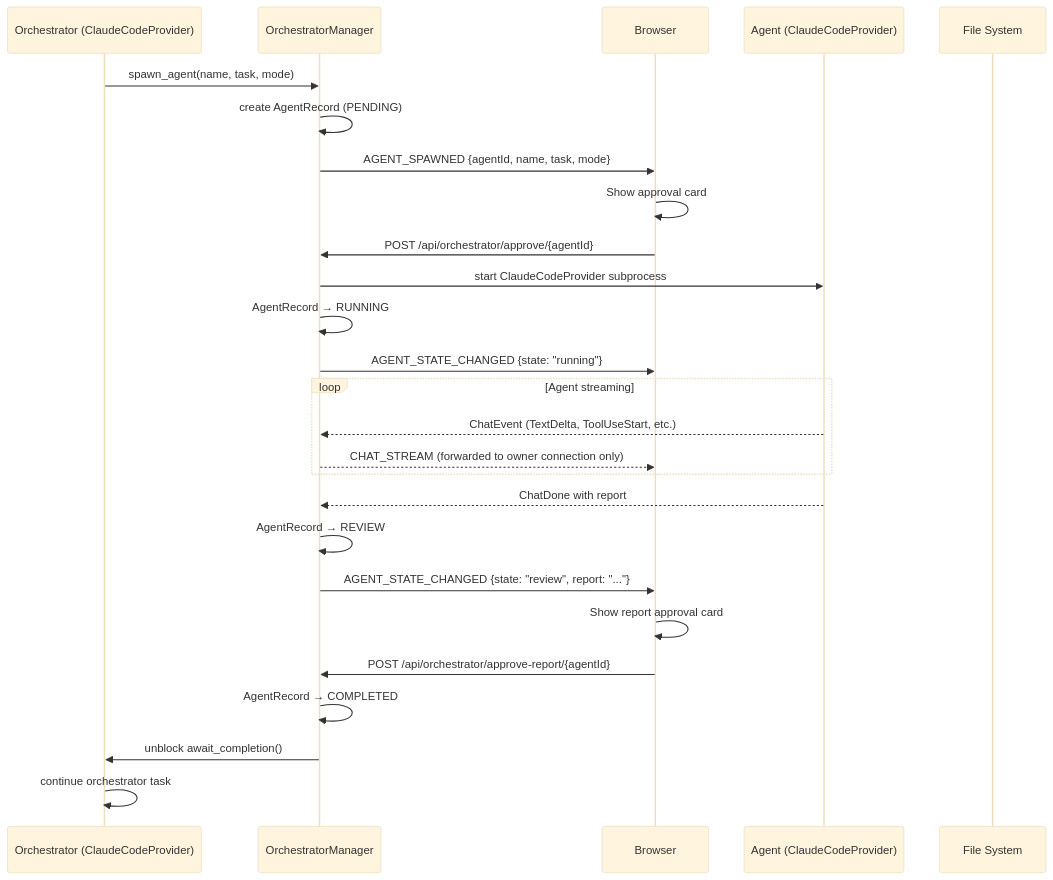
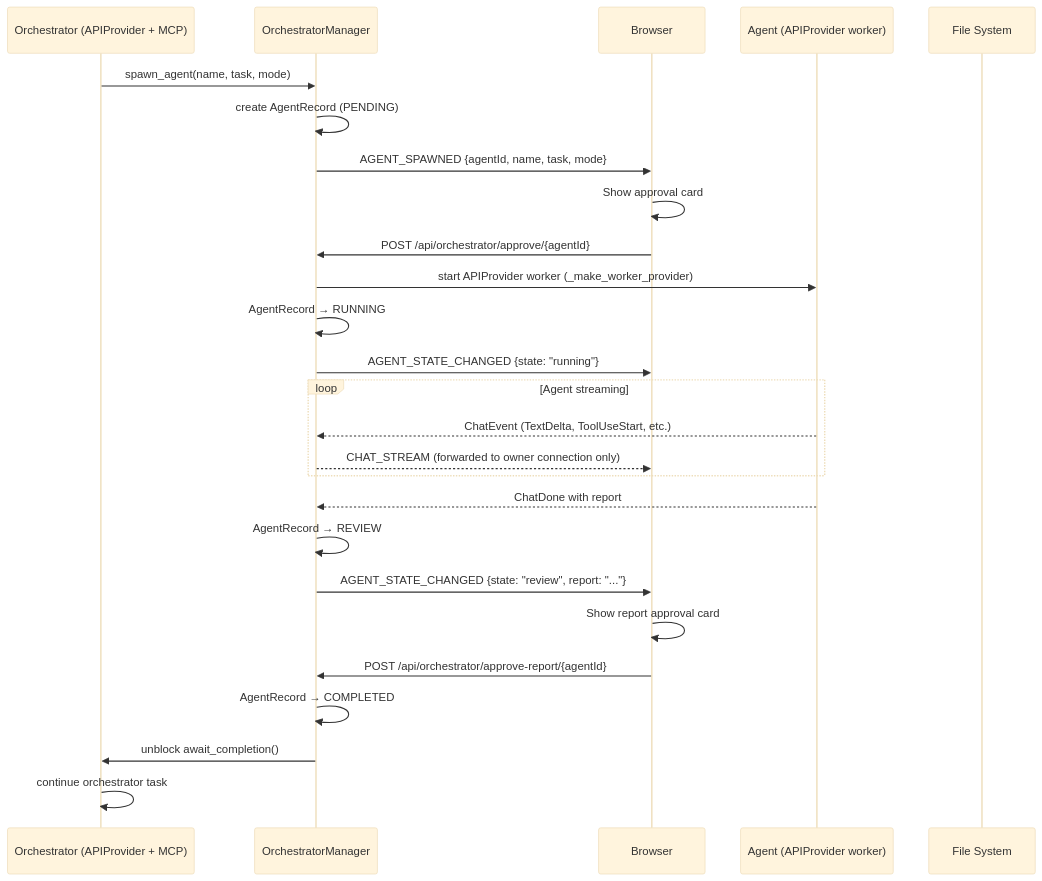
One commit to GTFerguson/cade changed the sixth of 8 diagrams in docs/architecture/data-flow.md. Above: the diagram before and after it, drawn with Mermaid (base theme). The commit also changed other lines of this file and 14 other files, not shown here.

First line of the commit message:
Providers: remove headless claude-code -p provider

````diff
--- a/docs/architecture/data-flow.md
+++ b/docs/architecture/data-flow.md
@@ -172,34 +169,34 @@
 ```mermaid
 sequenceDiagram
-    participant ORCH_CC as Orchestrator (ClaudeCodeProvider)
+    participant ORCH_CC as Orchestrator (APIProvider + MCP)
     participant ORCH_M as OrchestratorManager
     participant B as Browser
-    participant AGENT as Agent (ClaudeCodeProvider)
+    participant AGENT as Agent (APIProvider worker)
     participant FS as File System
 
     ORCH_CC->>ORCH_M: spawn_agent(name, task, mode)
     ORCH_M->>ORCH_M: create AgentRecord (PENDING)
     ORCH_M->>B: AGENT_SPAWNED {agentId, name, task, mode}
 
     B->>B: Show approval card
     B->>ORCH_M: POST /api/orchestrator/approve/{agentId}
 
-    ORCH_M->>AGENT: start ClaudeCodeProvider subprocess
+    ORCH_M->>AGENT: start APIProvider worker (_make_worker_provider)
     ORCH_M->>ORCH_M: AgentRecord → RUNNING
     ORCH_M->>B: AGENT_STATE_CHANGED {state: "running"}
 
     loop Agent streaming
         AGENT-->>ORCH_M: ChatEvent (TextDelta, ToolUseStart, etc.)
         ORCH_M-->>B: CHAT_STREAM (forwarded to owner connection only)
     end
 
     AGENT-->>ORCH_M: ChatDone with report
     ORCH_M->>ORCH_M: AgentRecord → REVIEW
     ORCH_M->>B: AGENT_STATE_CHANGED {state: "review", report: "..."}
 
     B->>B: Show report approval card
     B->>ORCH_M: POST /api/orchestrator/approve-report/{agentId}
     ORCH_M->>ORCH_M: AgentRecord → COMPLETED
     ORCH_M->>ORCH_CC: unblock await_completion()
     ORCH_CC->>ORCH_CC: continue orchestrator task
 ```
````
